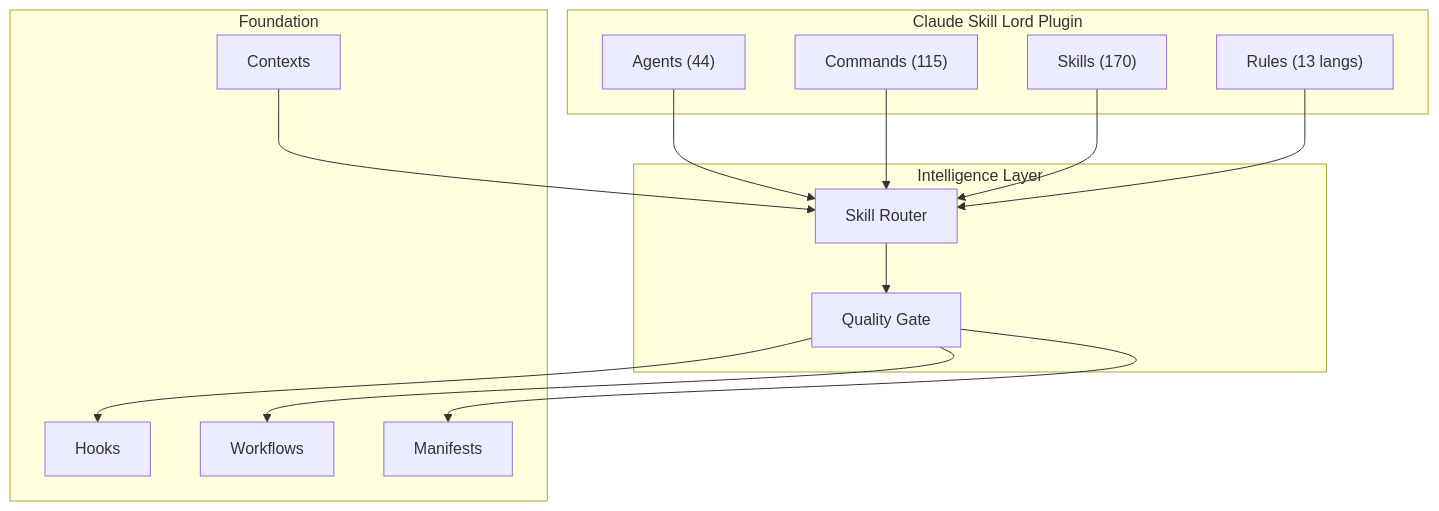
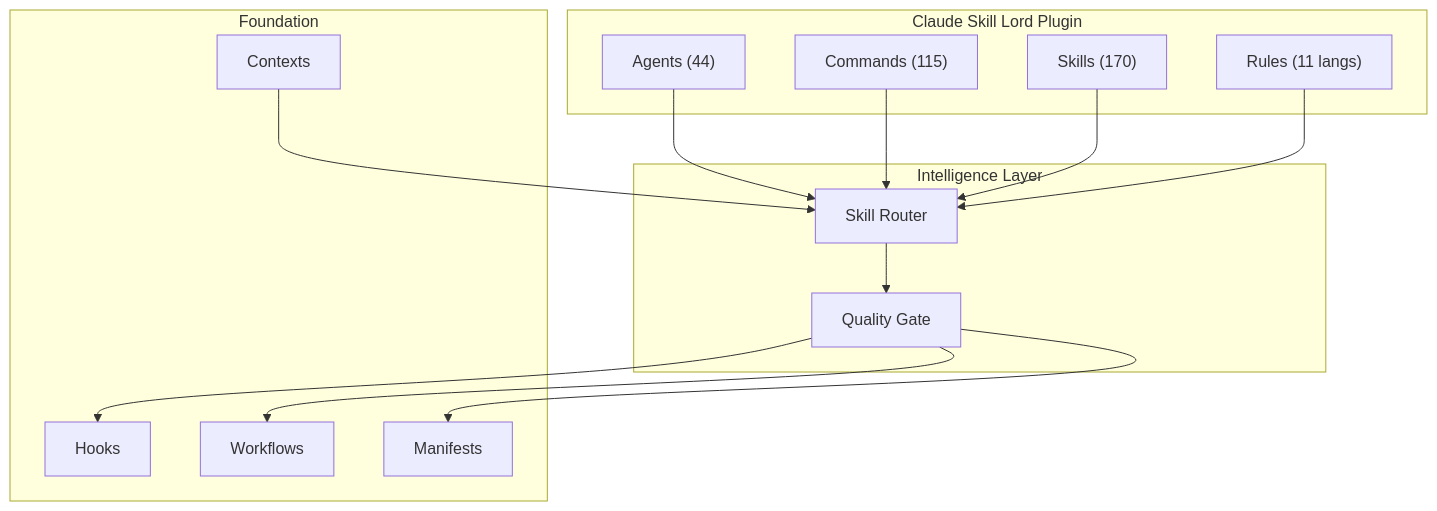
The diagram in README.md (donganhvuphp/Claude-Skills-Lord), drawn with Mermaid before and after one commit. The commit also changed other lines of this file, not shown here.

First line of the commit message:
fix: correct Architecture diagram, skill list, and command references in README

````diff
--- a/README.md
+++ b/README.md
@@ -78,31 +78,31 @@
 ```mermaid
 graph TD
     subgraph Plugin["Claude Skill Lord Plugin"]
         A["Agents (44)"]
         B["Commands (115)"]
         C["Skills (170)"]
-        R["Rules (13 langs)"]
+        R["Rules (11 langs)"]
     end
 
     subgraph Intelligence["Intelligence Layer"]
         D["Skill Router"]
         E["Quality Gate"]
     end
 
     subgraph Infra["Foundation"]
         F["Hooks"]
         G["Workflows"]
         H["Manifests"]
         CTX["Contexts"]
     end
 
     A --> D
     B --> D
     C --> D
     R --> D
     D --> E
     E --> F
     E --> G
     E --> H
     CTX --> D
 ```
````
